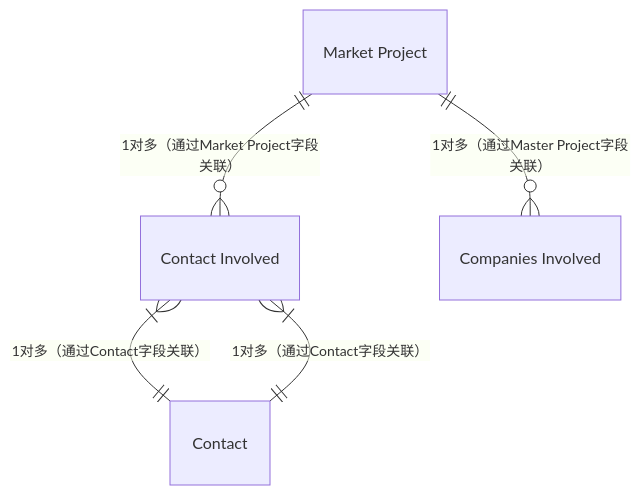
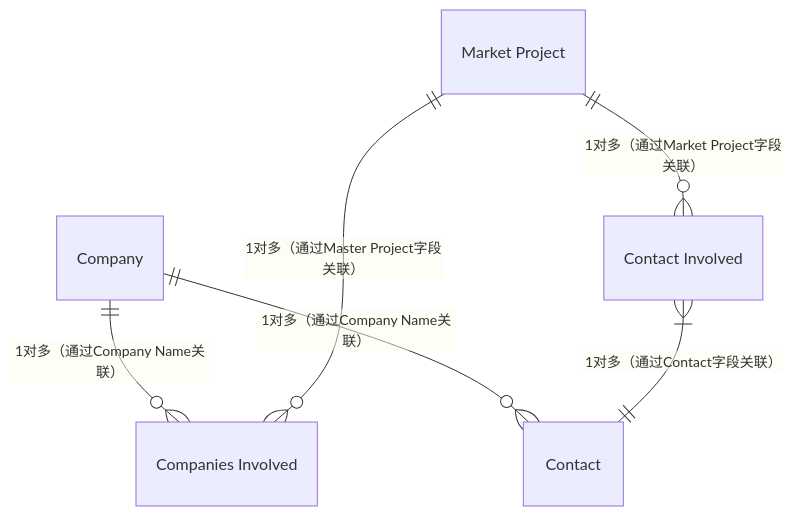
The diagram in all/Norden数据E-R图(7个对象，+contact).md (zhangziru-33/iodraw-files), drawn with Mermaid before and after one commit.

Commit message:
2025-12-04 14:15:41 update

````diff
--- a/all/Norden数据E-R图(7个对象，+contact).md
+++ b/all/Norden数据E-R图(7个对象，+contact).md
@@ -1,15 +1,12 @@
 ```mermaid
 erDiagram
-    
+    Company ||--o{ "Companies Involved" : "1对多（通过Company Name关联）"
     %% Company ||--o{ "PV Product" : "1对多（通过Company字段关联）"
-    "Contact Involved" }|--|| "Contact" : "1对多（通过Contact字段关联）"
-   
+    Company ||--o{ "Contact" : "1对多（通过Company Name关联）"
     "Market Project" ||--o{ "Companies Involved" : "1对多（通过Master Project字段关联）"
     "Market Project" ||--o{ "Contact Involved" : "1对多（通过Market Project字段关联）"
-    "Contact Involved" }|--|| "Contact" : "1对多（通过Contact字段关联）"
-    
     %% "Market Project" ||--o{ "MP Product" : "1对多（通过Market Project字段关联）"
     %% "MP Product" }|--|| "PV Product" : "多对1（通过产品参数关联，如Frame Material）"
-   
+    "Contact Involved" }|--|| "Contact" : "1对多（通过Contact字段关联）"
     %% Contact ||--o{ "Conatct Involved" : "1对多（通过Conatct字段关联）"
 ```
````
